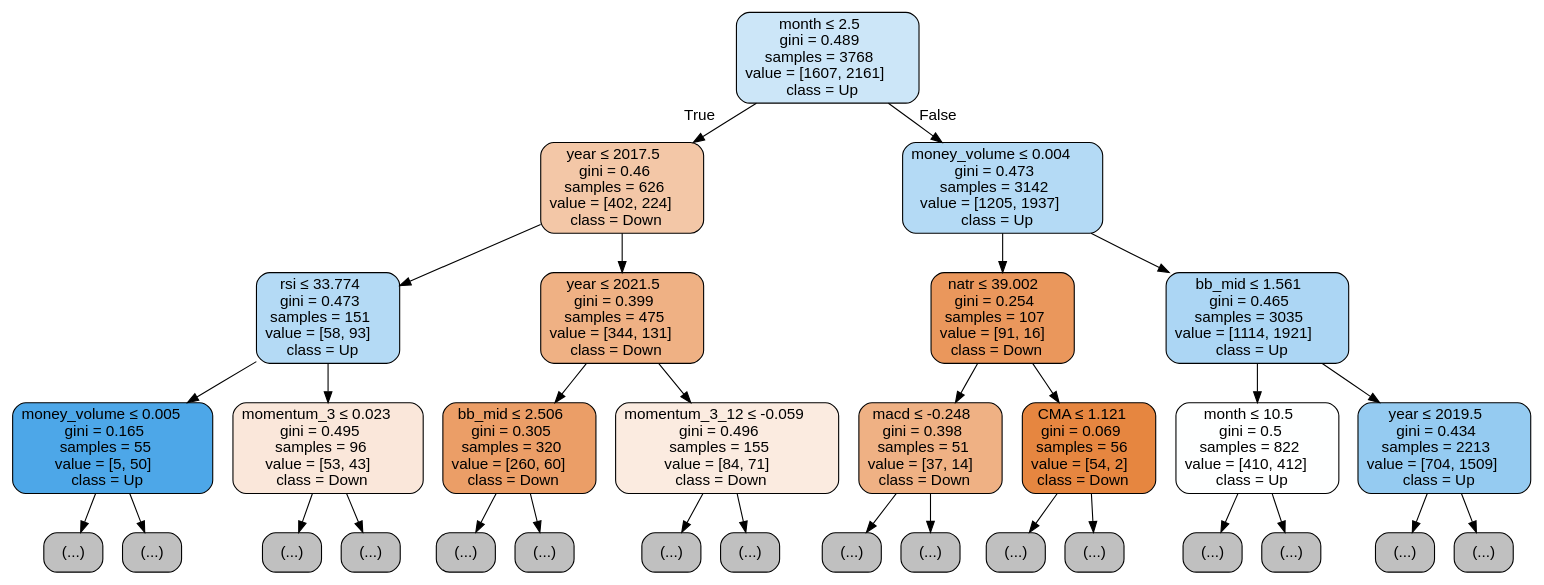
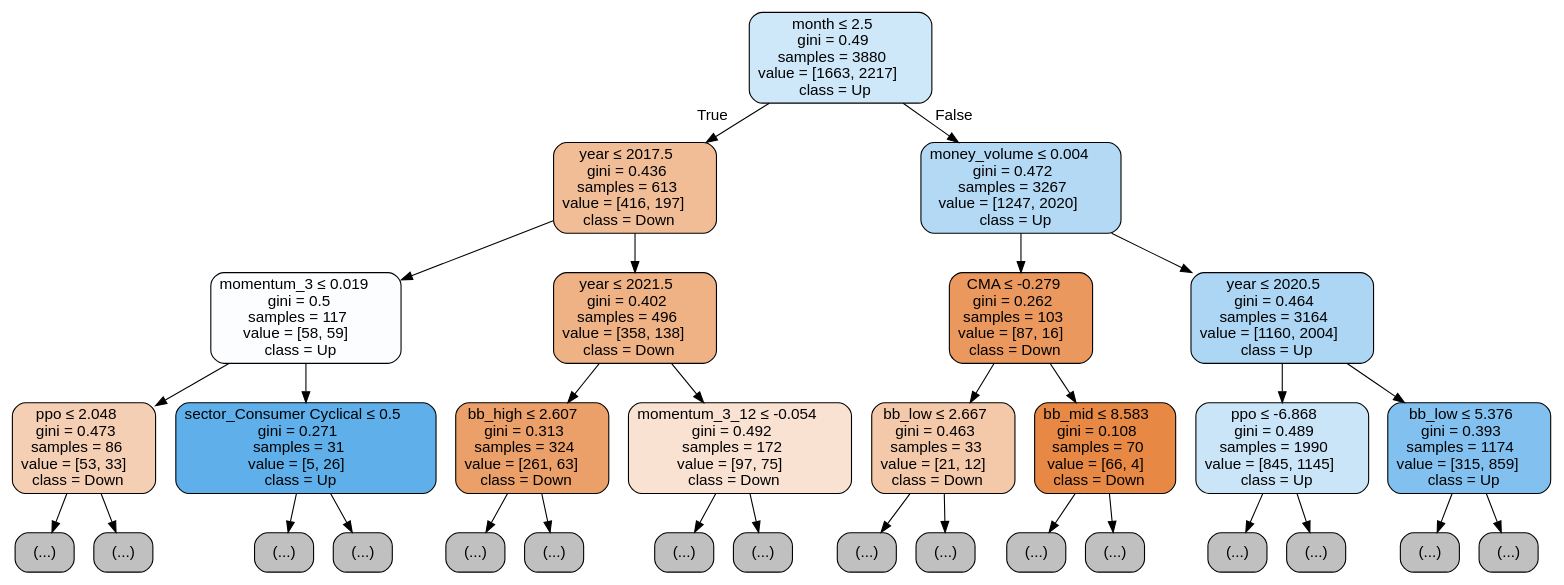
The diagram in notebooks/results/decision_trees/clf_tree.dot (roboadvisor-fiuba/portfolio-predictor), drawn with Graphviz before and after one commit. The commit also changed 7 other files, not shown here.

```diff
--- a/notebooks/results/decision_trees/clf_tree.dot
+++ b/notebooks/results/decision_trees/clf_tree.dot
@@ -1,65 +1,65 @@
 digraph Tree {
 node [shape=box, style="filled, rounded", color="black", fontname="helvetica"] ;
 edge [fontname="helvetica"] ;
-0 [label=<month &le; 2.5<br/>gini = 0.489<br/>samples = 3768<br/>value = [1607, 2161]<br/>class = Up>, fillcolor="#cce6f8"] ;
-1 [label=<year &le; 2017.5<br/>gini = 0.46<br/>samples = 626<br/>value = [402, 224]<br/>class = Down>, fillcolor="#f3c7a7"] ;
+0 [label=<month &le; 2.5<br/>gini = 0.49<br/>samples = 3880<br/>value = [1663, 2217]<br/>class = Up>, fillcolor="#cee7f9"] ;
+1 [label=<year &le; 2017.5<br/>gini = 0.436<br/>samples = 613<br/>value = [416, 197]<br/>class = Down>, fillcolor="#f1bd97"] ;
 0 -> 1 [labeldistance=2.5, labelangle=45, headlabel="True"] ;
-2 [label=<rsi &le; 33.774<br/>gini = 0.473<br/>samples = 151<br/>value = [58, 93]<br/>class = Up>, fillcolor="#b4daf5"] ;
+2 [label=<momentum_3 &le; 0.019<br/>gini = 0.5<br/>samples = 117<br/>value = [58, 59]<br/>class = Up>, fillcolor="#fcfdff"] ;
 1 -> 2 ;
-3 [label=<money_volume &le; 0.005<br/>gini = 0.165<br/>samples = 55<br/>value = [5, 50]<br/>class = Up>, fillcolor="#4da7e8"] ;
+3 [label=<ppo &le; 2.048<br/>gini = 0.473<br/>samples = 86<br/>value = [53, 33]<br/>class = Down>, fillcolor="#f5cfb4"] ;
 2 -> 3 ;
 4 [label="(...)", fillcolor="#C0C0C0"] ;
 3 -> 4 ;
-5 [label="(...)", fillcolor="#C0C0C0"] ;
-3 -> 5 ;
-8 [label=<momentum_3 &le; 0.023<br/>gini = 0.495<br/>samples = 96<br/>value = [53, 43]<br/>class = Down>, fillcolor="#fae7da"] ;
-2 -> 8 ;
-9 [label="(...)", fillcolor="#C0C0C0"] ;
-8 -> 9 ;
-12 [label="(...)", fillcolor="#C0C0C0"] ;
-8 -> 12 ;
-15 [label=<year &le; 2021.5<br/>gini = 0.399<br/>samples = 475<br/>value = [344, 131]<br/>class = Down>, fillcolor="#efb184"] ;
+7 [label="(...)", fillcolor="#C0C0C0"] ;
+3 -> 7 ;
+10 [label=<sector_Consumer Cyclical &le; 0.5<br/>gini = 0.271<br/>samples = 31<br/>value = [5, 26]<br/>class = Up>, fillcolor="#5fb0ea"] ;
+2 -> 10 ;
+11 [label="(...)", fillcolor="#C0C0C0"] ;
+10 -> 11 ;
+14 [label="(...)", fillcolor="#C0C0C0"] ;
+10 -> 14 ;
+15 [label=<year &le; 2021.5<br/>gini = 0.402<br/>samples = 496<br/>value = [358, 138]<br/>class = Down>, fillcolor="#efb285"] ;
 1 -> 15 ;
-16 [label=<bb_mid &le; 2.506<br/>gini = 0.305<br/>samples = 320<br/>value = [260, 60]<br/>class = Down>, fillcolor="#eb9e67"] ;
+16 [label=<bb_high &le; 2.607<br/>gini = 0.313<br/>samples = 324<br/>value = [261, 63]<br/>class = Down>, fillcolor="#eb9f69"] ;
 15 -> 16 ;
 17 [label="(...)", fillcolor="#C0C0C0"] ;
 16 -> 17 ;
 20 [label="(...)", fillcolor="#C0C0C0"] ;
 16 -> 20 ;
-23 [label=<momentum_3_12 &le; -0.059<br/>gini = 0.496<br/>samples = 155<br/>value = [84, 71]<br/>class = Down>, fillcolor="#fbebe0"] ;
+23 [label=<momentum_3_12 &le; -0.054<br/>gini = 0.492<br/>samples = 172<br/>value = [97, 75]<br/>class = Down>, fillcolor="#f9e2d2"] ;
 15 -> 23 ;
 24 [label="(...)", fillcolor="#C0C0C0"] ;
 23 -> 24 ;
 27 [label="(...)", fillcolor="#C0C0C0"] ;
 23 -> 27 ;
-30 [label=<money_volume &le; 0.004<br/>gini = 0.473<br/>samples = 3142<br/>value = [1205, 1937]<br/>class = Up>, fillcolor="#b4daf5"] ;
+30 [label=<money_volume &le; 0.004<br/>gini = 0.472<br/>samples = 3267<br/>value = [1247, 2020]<br/>class = Up>, fillcolor="#b3d9f5"] ;
 0 -> 30 [labeldistance=2.5, labelangle=-45, headlabel="False"] ;
-31 [label=<natr &le; 39.002<br/>gini = 0.254<br/>samples = 107<br/>value = [91, 16]<br/>class = Down>, fillcolor="#ea975c"] ;
+31 [label=<CMA &le; -0.279<br/>gini = 0.262<br/>samples = 103<br/>value = [87, 16]<br/>class = Down>, fillcolor="#ea985d"] ;
 30 -> 31 ;
-32 [label=<macd &le; -0.248<br/>gini = 0.398<br/>samples = 51<br/>value = [37, 14]<br/>class = Down>, fillcolor="#efb184"] ;
+32 [label=<bb_low &le; 2.667<br/>gini = 0.463<br/>samples = 33<br/>value = [21, 12]<br/>class = Down>, fillcolor="#f4c9aa"] ;
 31 -> 32 ;
 33 [label="(...)", fillcolor="#C0C0C0"] ;
 32 -> 33 ;
 36 [label="(...)", fillcolor="#C0C0C0"] ;
 32 -> 36 ;
-39 [label=<CMA &le; 1.121<br/>gini = 0.069<br/>samples = 56<br/>value = [54, 2]<br/>class = Down>, fillcolor="#e68640"] ;
+39 [label=<bb_mid &le; 8.583<br/>gini = 0.108<br/>samples = 70<br/>value = [66, 4]<br/>class = Down>, fillcolor="#e78945"] ;
 31 -> 39 ;
 40 [label="(...)", fillcolor="#C0C0C0"] ;
 39 -> 40 ;
 43 [label="(...)", fillcolor="#C0C0C0"] ;
 39 -> 43 ;
-46 [label=<bb_mid &le; 1.561<br/>gini = 0.465<br/>samples = 3035<br/>value = [1114, 1921]<br/>class = Up>, fillcolor="#acd6f4"] ;
-30 -> 46 ;
-47 [label=<month &le; 10.5<br/>gini = 0.5<br/>samples = 822<br/>value = [410, 412]<br/>class = Up>, fillcolor="#feffff"] ;
-46 -> 47 ;
-48 [label="(...)", fillcolor="#C0C0C0"] ;
-47 -> 48 ;
-51 [label="(...)", fillcolor="#C0C0C0"] ;
-47 -> 51 ;
-54 [label=<year &le; 2019.5<br/>gini = 0.434<br/>samples = 2213<br/>value = [704, 1509]<br/>class = Up>, fillcolor="#95cbf1"] ;
-46 -> 54 ;
-55 [label="(...)", fillcolor="#C0C0C0"] ;
-54 -> 55 ;
-58 [label="(...)", fillcolor="#C0C0C0"] ;
-54 -> 58 ;
+44 [label=<year &le; 2020.5<br/>gini = 0.464<br/>samples = 3164<br/>value = [1160, 2004]<br/>class = Up>, fillcolor="#acd6f4"] ;
+30 -> 44 ;
+45 [label=<ppo &le; -6.868<br/>gini = 0.489<br/>samples = 1990<br/>value = [845, 1145]<br/>class = Up>, fillcolor="#cbe5f8"] ;
+44 -> 45 ;
+46 [label="(...)", fillcolor="#C0C0C0"] ;
+45 -> 46 ;
+49 [label="(...)", fillcolor="#C0C0C0"] ;
+45 -> 49 ;
+52 [label=<bb_low &le; 5.376<br/>gini = 0.393<br/>samples = 1174<br/>value = [315, 859]<br/>class = Up>, fillcolor="#82c1ef"] ;
+44 -> 52 ;
+53 [label="(...)", fillcolor="#C0C0C0"] ;
+52 -> 53 ;
+56 [label="(...)", fillcolor="#C0C0C0"] ;
+52 -> 56 ;
 }
```
